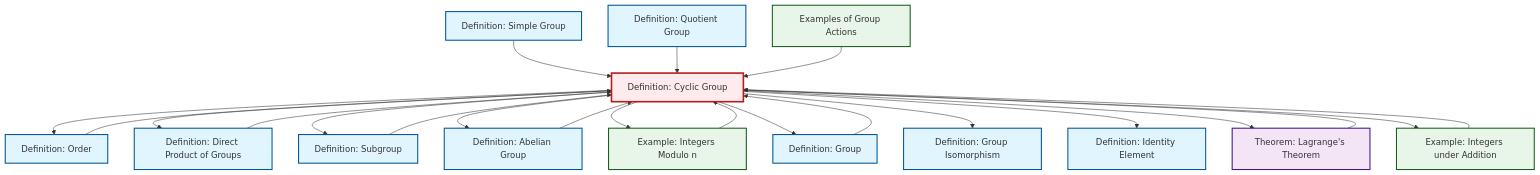
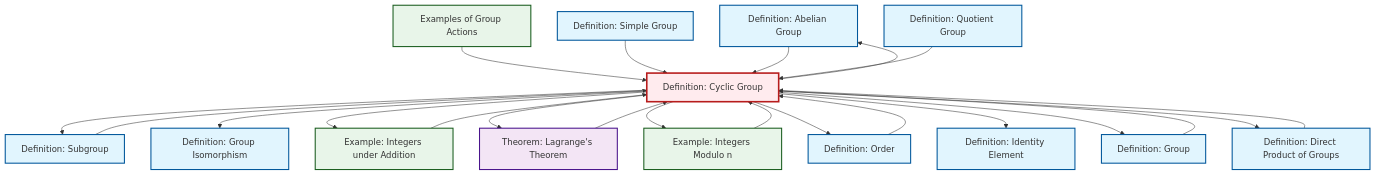
Before and after one commit to RK0429/ModernMath: the diagram in content/en/algebra/def-cyclic-group.qmd, drawn with Mermaid. The commit also changed other lines of this file and 619 other files, not shown here.

````diff
--- a/content/en/algebra/def-cyclic-group.qmd
+++ b/content/en/algebra/def-cyclic-group.qmd
@@ -101,58 +101,58 @@
 ```{mermaid}
 %%| fig-cap: "Local dependency graph"
 graph TD
     classDef definition fill:#e1f5fe,stroke:#01579b,stroke-width:2px
     classDef theorem fill:#f3e5f5,stroke:#4a148c,stroke-width:2px
     classDef axiom fill:#fff3e0,stroke:#e65100,stroke-width:2px
     classDef example fill:#e8f5e9,stroke:#1b5e20,stroke-width:2px
     classDef current fill:#ffebee,stroke:#b71c1c,stroke-width:3px
+    def-abelian-group["Definition: Abelian Group"]:::definition
+    ex-integers-addition["Example: Integers under Addition"]:::example
+    thm-lagrange["Theorem: Lagrange's Theorem"]:::theorem
+    def-group["Definition: Group"]:::definition
+    def-cyclic-group["Definition: Cyclic Group"]:::definition
+    def-simple-group["Definition: Simple Group"]:::definition
+    def-subgroup["Definition: Subgroup"]:::definition
+    def-quotient-group["Definition: Quotient Group"]:::definition
+    def-isomorphism["Definition: Group Isomorphism"]:::definition
+    ex-quotient-integers-mod-n["Example: Integers Modulo n"]:::example
+    def-order["Definition: Order"]:::definition
+    ex-group-action-examples["Examples of Group Actions"]:::example
     def-identity-element["Definition: Identity Element"]:::definition
-    def-cyclic-group["Definition: Cyclic Group"]:::definition
-    def-order["Definition: Order"]:::definition
-    ex-quotient-integers-mod-n["Example: Integers Modulo n"]:::example
-    thm-lagrange["Theorem: Lagrange's Theorem"]:::theorem
-    def-simple-group["Definition: Simple Group"]:::definition
-    ex-integers-addition["Example: Integers under Addition"]:::example
-    ex-group-action-examples["Examples of Group Actions"]:::example
-    def-isomorphism["Definition: Group Isomorphism"]:::definition
-    def-quotient-group["Definition: Quotient Group"]:::definition
-    def-abelian-group["Definition: Abelian Group"]:::definition
-    def-subgroup["Definition: Subgroup"]:::definition
     def-direct-product["Definition: Direct Product of Groups"]:::definition
-    def-group["Definition: Group"]:::definition
+    def-cyclic-group --> def-subgroup
+    def-group --> def-cyclic-group
+    def-cyclic-group --> def-isomorphism
+    ex-group-action-examples --> def-cyclic-group
+    thm-lagrange --> def-cyclic-group
+    def-subgroup --> def-cyclic-group
+    def-cyclic-group --> ex-integers-addition
+    def-order --> def-cyclic-group
+    def-cyclic-group --> def-abelian-group
+    def-direct-product --> def-cyclic-group
+    def-cyclic-group --> thm-lagrange
+    ex-integers-addition --> def-cyclic-group
+    def-cyclic-group --> ex-quotient-integers-mod-n
     def-cyclic-group --> def-order
+    def-cyclic-group --> def-identity-element
     def-simple-group --> def-cyclic-group
-    thm-lagrange --> def-cyclic-group
+    def-abelian-group --> def-cyclic-group
+    def-cyclic-group --> def-group
+    ex-quotient-integers-mod-n --> def-cyclic-group
     def-quotient-group --> def-cyclic-group
-    def-subgroup --> def-cyclic-group
     def-cyclic-group --> def-direct-product
-    def-group --> def-cyclic-group
-    def-order --> def-cyclic-group
-    def-abelian-group --> def-cyclic-group
-    def-cyclic-group --> def-subgroup
-    def-direct-product --> def-cyclic-group
-    ex-integers-addition --> def-cyclic-group
-    def-cyclic-group --> def-abelian-group
-    def-cyclic-group --> ex-quotient-integers-mod-n
-    ex-quotient-integers-mod-n --> def-cyclic-group
-    def-cyclic-group --> def-group
-    def-cyclic-group --> def-isomorphism
-    def-cyclic-group --> def-identity-element
-    def-cyclic-group --> thm-lagrange
-    def-cyclic-group --> ex-integers-addition
-    ex-group-action-examples --> def-cyclic-group
     class def-cyclic-group current
+    click def-abelian-group "def-abelian-group.html" "Go to Abelian Group definition"
+    click ex-integers-addition "ex-integers-addition.html" "Go to Integers under Addition example"
+    click thm-lagrange "thm-lagrange.html" "Go to Lagrange's Theorem theorem"
+    click def-group "def-group.html" "Go to Group definition"
+    click def-simple-group "def-simple-group.html" "Go to Simple Group definition"
+    click def-subgroup "def-subgroup.html" "Go to Subgroup definition"
+    click def-quotient-group "def-quotient-group.html" "Go to Quotient Group definition"
+    click def-isomorphism "def-isomorphism.html" "Go to Group Isomorphism definition"
+    click ex-quotient-integers-mod-n "ex-quotient-integers-mod-n.html" "Go to Integers Modulo n example"
+    click def-order "def-order.html" "Go to Order definition"
+    click ex-group-action-examples "ex-group-action-examples.html" "Go to Examples of Group Actions"
     click def-identity-element "def-identity-element.html" "Go to Identity Element definition"
-    click def-order "def-order.html" "Go to Order definition"
-    click ex-quotient-integers-mod-n "ex-quotient-integers-mod-n.html" "Go to Integers Modulo n example"
-    click thm-lagrange "thm-lagrange.html" "Go to Lagrange's Theorem theorem"
-    click def-simple-group "def-simple-group.html" "Go to Simple Group definition"
-    click ex-integers-addition "ex-integers-addition.html" "Go to Integers under Addition example"
-    click ex-group-action-examples "ex-group-action-examples.html" "Go to Examples of Group Actions"
-    click def-isomorphism "def-isomorphism.html" "Go to Group Isomorphism definition"
-    click def-quotient-group "def-quotient-group.html" "Go to Quotient Group definition"
-    click def-abelian-group "def-abelian-group.html" "Go to Abelian Group definition"
-    click def-subgroup "def-subgroup.html" "Go to Subgroup definition"
     click def-direct-product "def-direct-product.html" "Go to Direct Product of Groups definition"
-    click def-group "def-group.html" "Go to Group definition"
 ```
````
